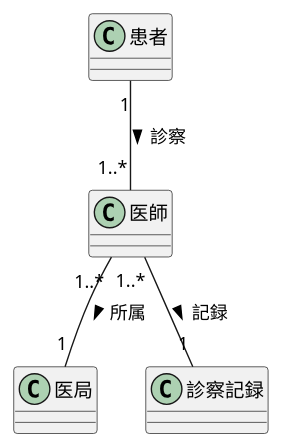
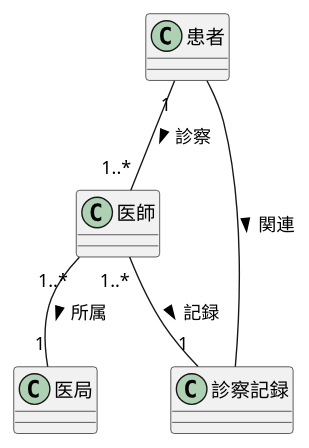
The diagram in 演習3-2_CL_医師と患者と医局と診療記録.pu (kuboi0627/unl-introduction), drawn with PlantUML before and after one commit.

Commit message:
演習３－2

```diff
--- a/演習3-2_CL_医師と患者と医局と診療記録.pu
+++ b/演習3-2_CL_医師と患者と医局と診療記録.pu
@@ -1,11 +1,11 @@
 @startuml
 class 医師
 class 患者
 class 医局
 class 診察記録
 
 患者 "1"--"1..*" 医師:診察 >
 医師 "1..*"--"1" 医局:所属 >
 医師 "1..*"--"1" 診察記録:記録 >
-
+患者 -- 診察記録:関連 >
 @enduml
```
